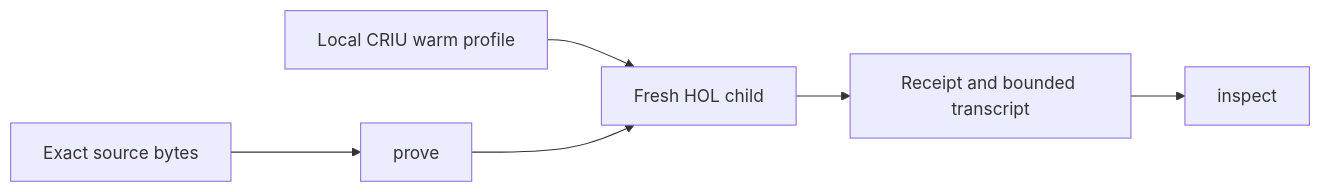
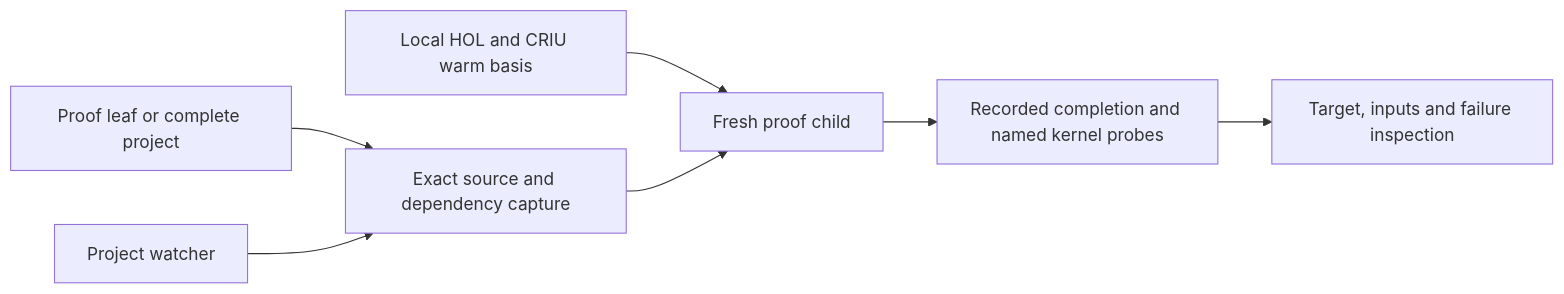
One commit to BenKnill/hol-hearth changed the diagram in docs/architecture.md. Above: the diagram before and after it, drawn with Mermaid. The commit also changed other lines of this file and 39 other files, not shown here.

Commit message:
Center Hearth on recorded authoring for substantial proof projects

````diff
--- a/docs/architecture.md
+++ b/docs/architecture.md
@@ -3,8 +3,9 @@
 ```mermaid
 flowchart LR
-  S[Exact source bytes] --> P[prove]
-  W[Local CRIU warm profile] --> C[Fresh HOL child]
-  P --> C
-  C --> R[Receipt and bounded transcript]
-  R --> I[inspect]
+    S[Proof leaf or complete project] --> D[Exact source and dependency capture]
+    W[Project watcher] --> D
+    B[Local HOL and CRIU warm basis] --> C[Fresh proof child]
+    D --> C
+    C --> R[Recorded completion and named kernel probes]
+    R --> I[Target, inputs and failure inspection]
 ```
````
